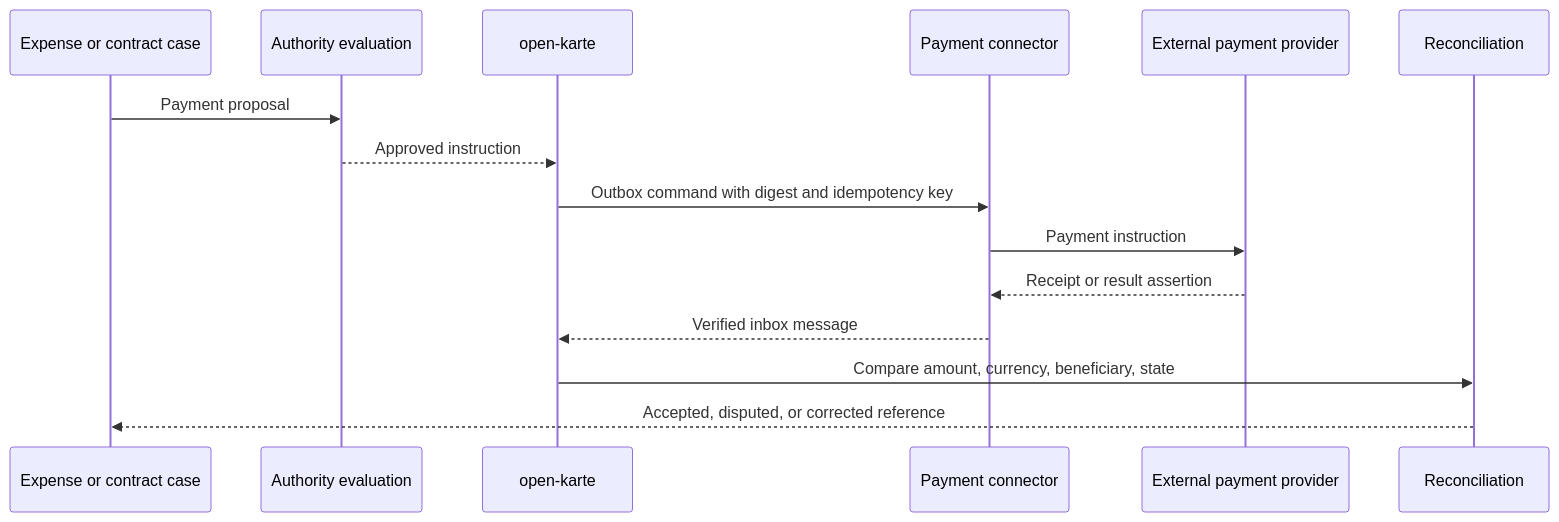
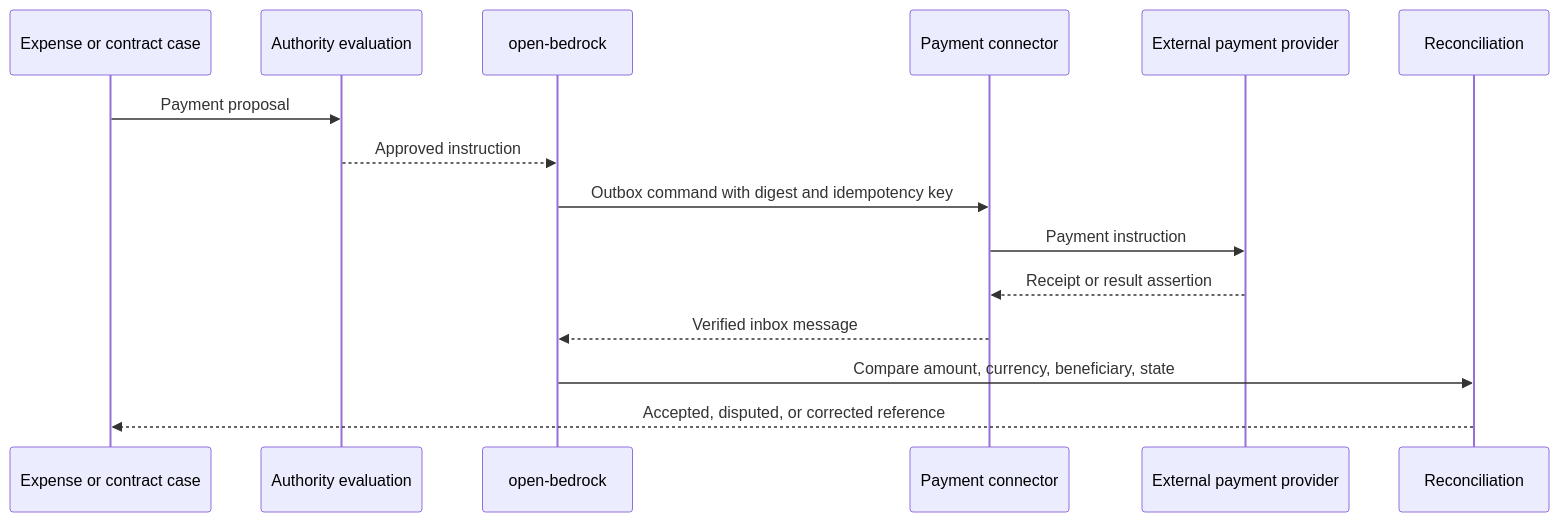
The second of 2 diagrams in .docs/integration-model.md (interactive-inc/open-bedrock), drawn with Mermaid before and after one commit. The commit also changed other lines of this file and 28 other files, not shown here.

Commit message:
chore: rename the product from open-karte to open-bedrock in docs and copy

````diff
--- a/.docs/integration-model.md
+++ b/.docs/integration-model.md
@@ -110,18 +110,18 @@
 ```mermaid
 sequenceDiagram
   participant Case as Expense or contract case
   participant Authority as Authority evaluation
-  participant Karte as open-karte
+  participant Bedrock as open-bedrock
   participant Connector as Payment connector
   participant Provider as External payment provider
   participant Review as Reconciliation
 
   Case->>Authority: Payment proposal
-  Authority-->>Karte: Approved instruction
-  Karte->>Connector: Outbox command with digest and idempotency key
+  Authority-->>Bedrock: Approved instruction
+  Bedrock->>Connector: Outbox command with digest and idempotency key
   Connector->>Provider: Payment instruction
   Provider-->>Connector: Receipt or result assertion
-  Connector-->>Karte: Verified inbox message
-  Karte->>Review: Compare amount, currency, beneficiary, state
+  Connector-->>Bedrock: Verified inbox message
+  Bedrock->>Review: Compare amount, currency, beneficiary, state
   Review-->>Case: Accepted, disputed, or corrected reference
 ```
````
